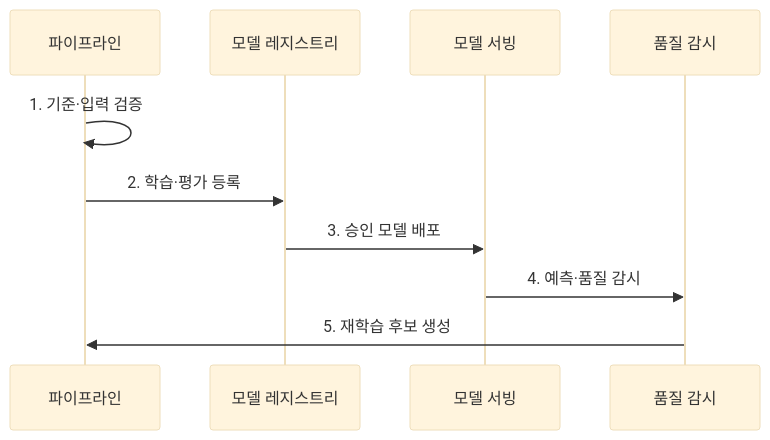
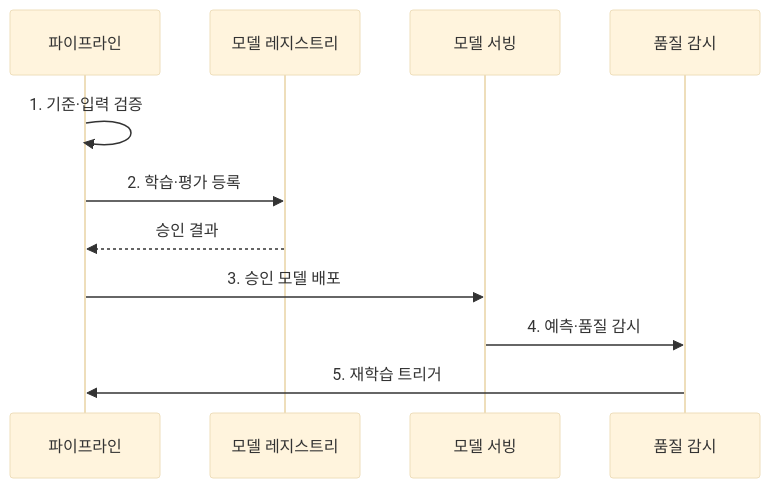
Before and after one commit to agnusdei1207/knowledge-base: the second of 2 diagrams in src/content/docs/notes/03-software/202_mlops_pipeline.md, drawn with Mermaid (base theme). The commit also changed other lines of this file and 20 other files, not shown here.

````diff
--- a/src/content/docs/notes/03-software/202_mlops_pipeline.md
+++ b/src/content/docs/notes/03-software/202_mlops_pipeline.md
@@ -85,12 +88,13 @@
 ```mermaid
 sequenceDiagram
     participant O as 파이프라인
     participant R as 모델 레지스트리
     participant S as 모델 서빙
     participant M as 품질 감시
     O->>O: 1. 기준·입력 검증
     O->>R: 2. 학습·평가 등록
-    R->>S: 3. 승인 모델 배포
+    R-->>O: 승인 결과
+    O->>S: 3. 승인 모델 배포
     S->>M: 4. 예측·품질 감시
-    M->>O: 5. 재학습 후보 생성
+    M->>O: 5. 재학습 트리거
 ```
````
